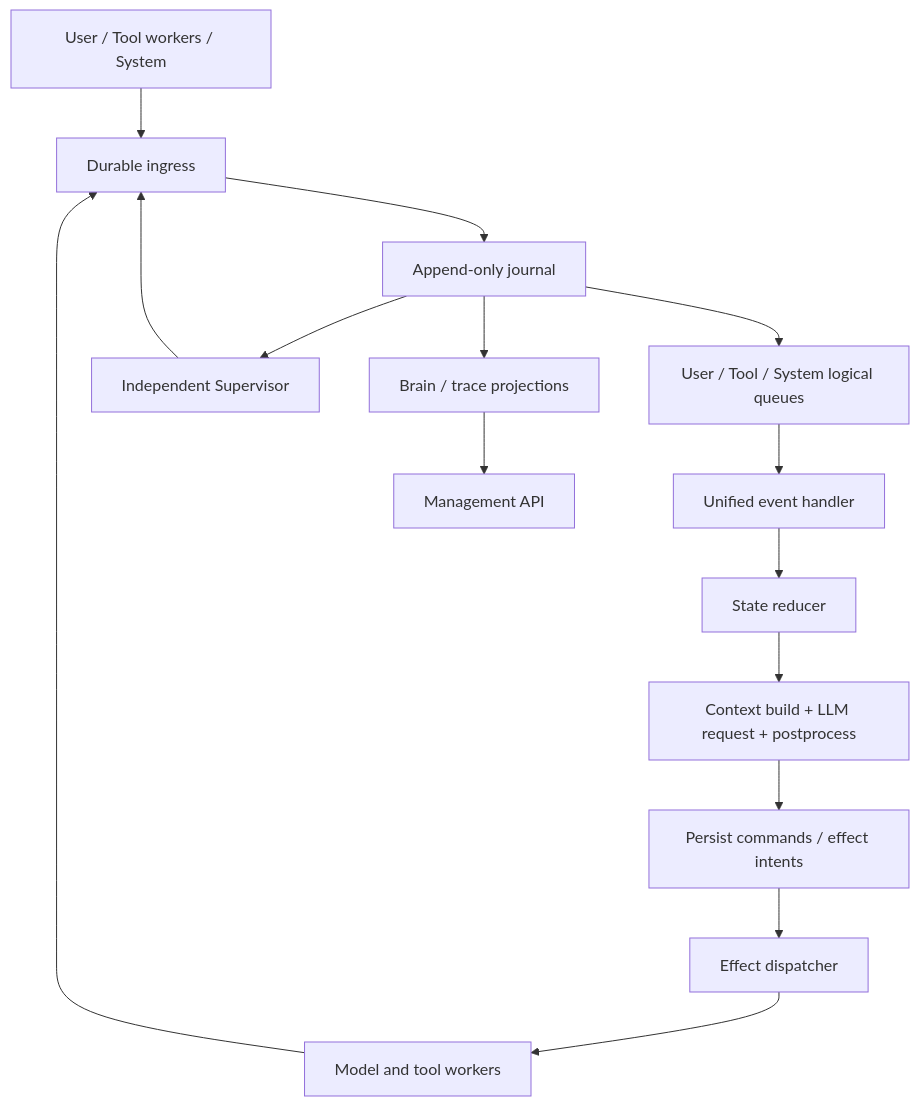
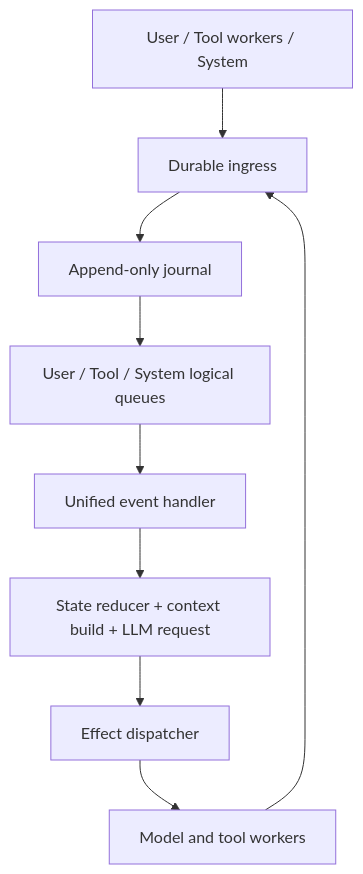
One commit to HymioSpace/Oath changed the diagram in spec/overview.md. Above: the diagram before and after it, drawn with Mermaid. The commit also changed other lines of this file and 45 other files, not shown here.

````diff
--- a/spec/overview.md
+++ b/spec/overview.md
@@ -43,17 +44,11 @@
 ```mermaid
 flowchart TD
     Sources[User / Tool workers / System] --> Inbox[Durable ingress]
     Inbox --> Log[Append-only journal]
     Log --> Queues[User / Tool / System logical queues]
     Queues --> Handler[Unified event handler]
-    Handler --> State[State reducer]
-    State --> Step[Context build + LLM request + postprocess]
-    Step --> Intent[Persist commands / effect intents]
-    Intent --> Dispatch[Effect dispatcher]
+    Handler --> Step[State reducer + context build + LLM request]
+    Step --> Dispatch[Effect dispatcher]
     Dispatch --> Workers[Model and tool workers]
     Workers --> Inbox
-    Log --> Supervisor[Independent Supervisor]
-    Supervisor --> Inbox
-    Log --> Views[Brain / trace projections]
-    Views --> Biz[Management API]
 ```
````
